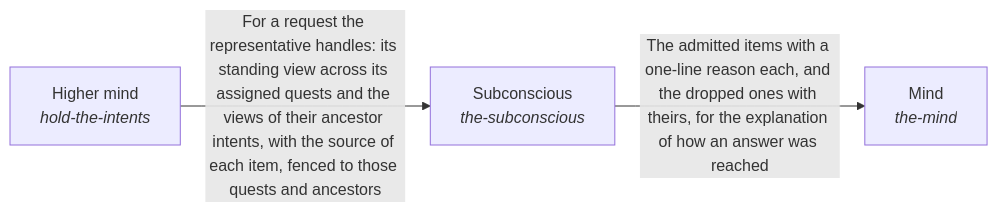
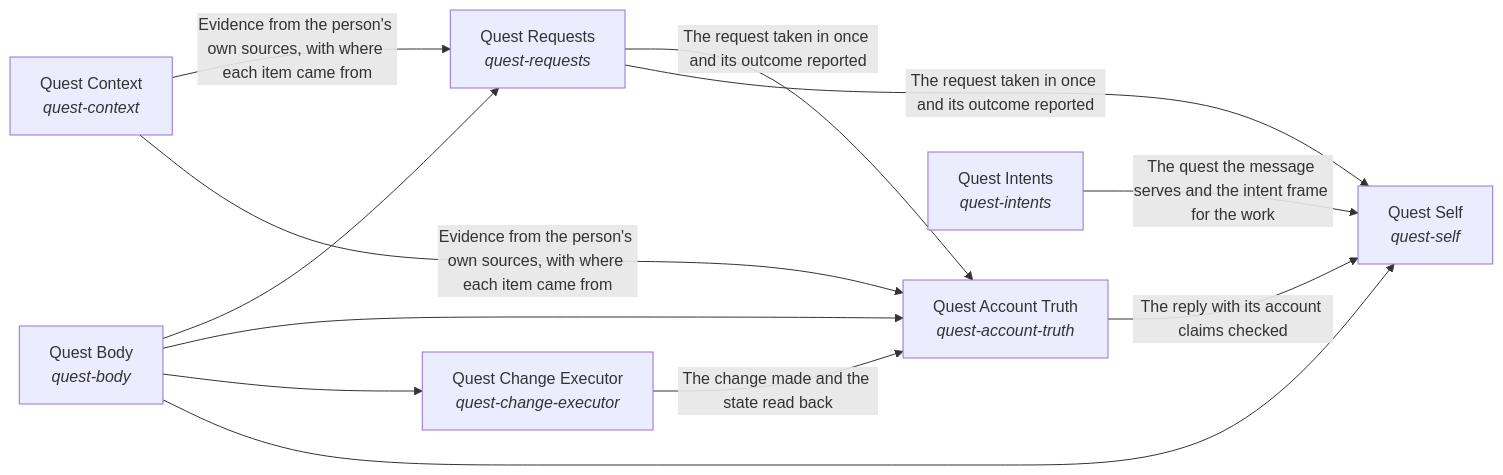
The diagram in quest_ai_runner/the_intelligence/README.md (SpiritualData/quest-ai-runner), drawn with Mermaid before and after one commit. The commit also changed other lines of this file and 166 other files, not shown here.

First line of the commit message:
Solution records: 31 adopted rows, 12 specialized records and the own Intent Evolution record replace the 81 solutions

````diff
--- a/quest_ai_runner/the_intelligence/README.md
+++ b/quest_ai_runner/the_intelligence/README.md
@@ -129,8 +17,21 @@
 ```mermaid
 flowchart LR
-    s0["Mind<br/><i>the-mind</i>"]
-    s1["Higher mind<br/><i>hold-the-intents</i>"]
-    s2["Subconscious<br/><i>the-subconscious</i>"]
-    s1 -->|"For a request the representative handles: its standing view across its assigned quests and the views of their ancestor intents, with the source of each item, fenced to those quests and ancestors"| s2
-    s2 -->|"The admitted items with a one-line reason each, and the dropped ones with theirs, for the explanation of how an answer was reached"| s0
+    s0["Quest Context<br/><i>quest-context</i>"]
+    s1["Quest Requests<br/><i>quest-requests</i>"]
+    s2["Quest Body<br/><i>quest-body</i>"]
+    s3["Quest Account Truth<br/><i>quest-account-truth</i>"]
+    s4["Quest Change Executor<br/><i>quest-change-executor</i>"]
+    s5["Quest Intents<br/><i>quest-intents</i>"]
+    s6["Quest Self<br/><i>quest-self</i>"]
+    s0 -->|"Evidence from the person's own sources, with where each item came from"| s1
+    s0 -->|"Evidence from the person's own sources, with where each item came from"| s3
+    s1 -->|"The request taken in once and its outcome reported"| s3
+    s1 -->|"The request taken in once and its outcome reported"| s6
+    s2 --> s1
+    s2 --> s3
+    s2 --> s4
+    s2 --> s6
+    s3 -->|"The reply with its account claims checked"| s6
+    s4 -->|"The change made and the state read back"| s3
+    s5 -->|"The quest the message serves and the intent frame for the work"| s6
 ```
````
